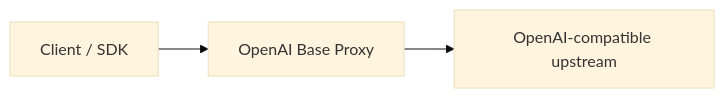
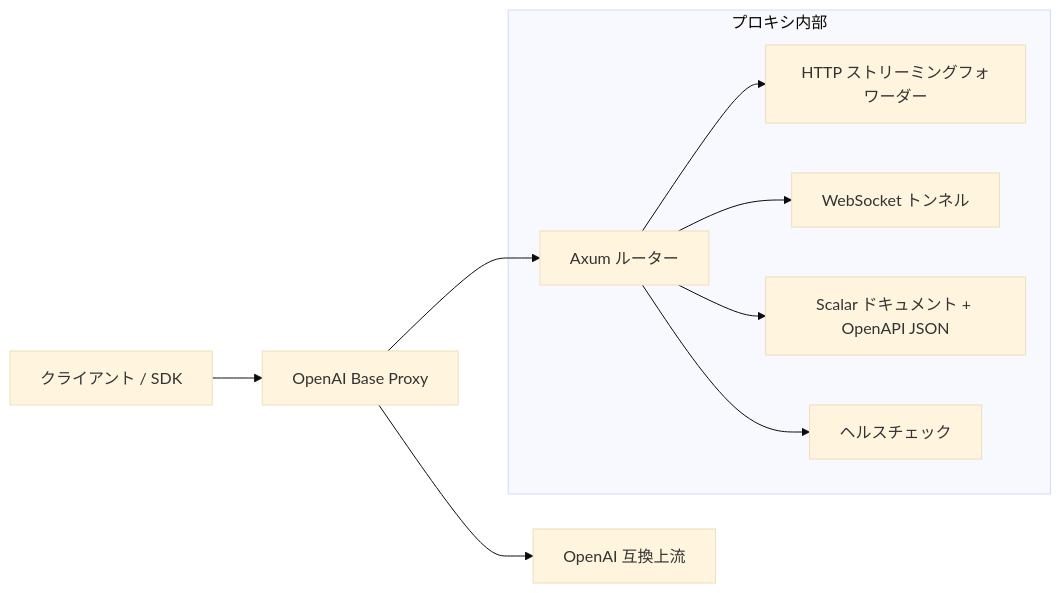
Before and after one commit to B1gM8c/openai-base-proxy: the diagram in docs/README.ja.md, drawn with Mermaid (base theme). The commit also changed other lines of this file and 3 other files, not shown here.

````diff
--- a/docs/README.ja.md
+++ b/docs/README.ja.md
@@ -22,5 +51,19 @@
 ```mermaid
 flowchart LR
-    Client["Client / SDK"] --> Proxy["OpenAI Base Proxy"]
-    Proxy --> Upstream["OpenAI-compatible upstream"]
+    Client["クライアント / SDK"] --> Proxy["OpenAI Base Proxy"]
+    Proxy --> OpenAI["OpenAI 互換上流"]
+
+    subgraph ProxyInternals["プロキシ内部"]
+        Router["Axum ルーター"]
+        Http["HTTP ストリーミングフォワーダー"]
+        Ws["WebSocket トンネル"]
+        Docs["Scalar ドキュメント + OpenAPI JSON"]
+        Health["ヘルスチェック"]
+    end
+
+    Proxy --> Router
+    Router --> Http
+    Router --> Ws
+    Router --> Docs
+    Router --> Health
 ```
````
